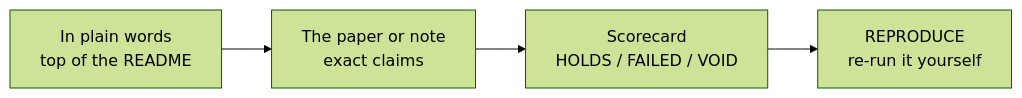
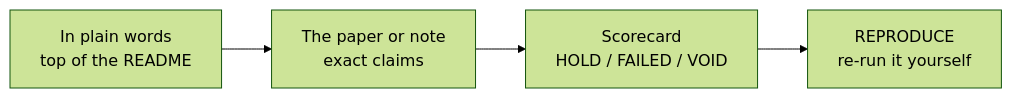
One commit to Hashirama1337s/Hashirama1337s changed the diagram in README.md. Above: the diagram before and after it, drawn with Mermaid (forest theme). The commit also changed other lines of this file and 10 other files, not shown here.

````diff
--- a/README.md
+++ b/README.md
@@ -113,6 +115,6 @@
 ```mermaid
 flowchart LR
   A[In plain words<br/>top of the README] --> B[The paper or note<br/>exact claims]
-  B --> C[Scorecard<br/>HOLDS / FAILED / VOID]
+  B --> C[Scorecard<br/>HOLD / FAILED / VOID]
   C --> D[REPRODUCE<br/>re-run it yourself]
 ```
````
